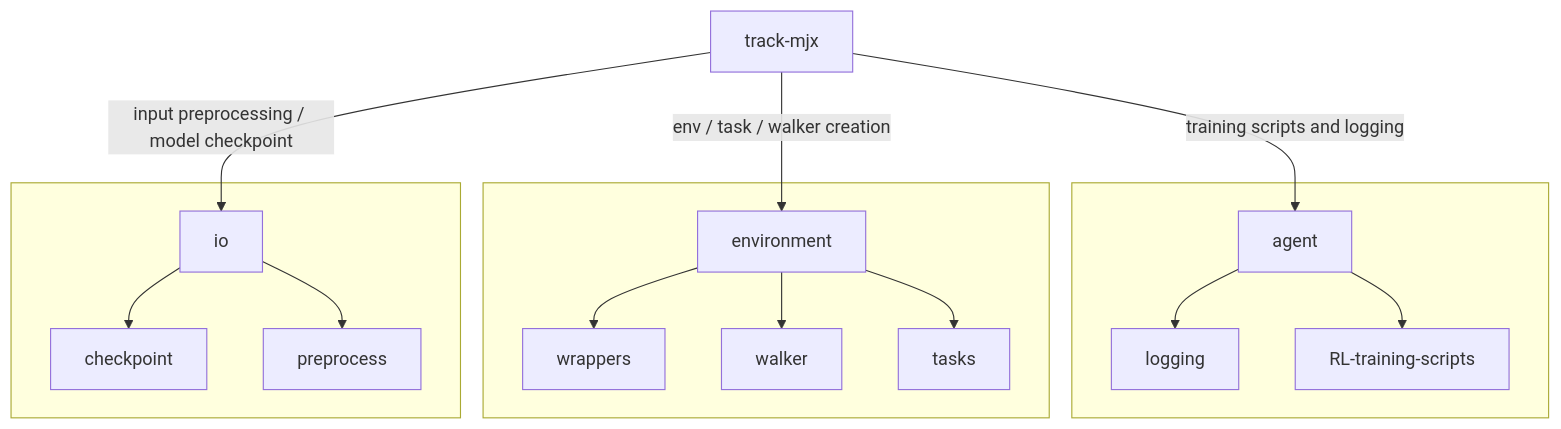
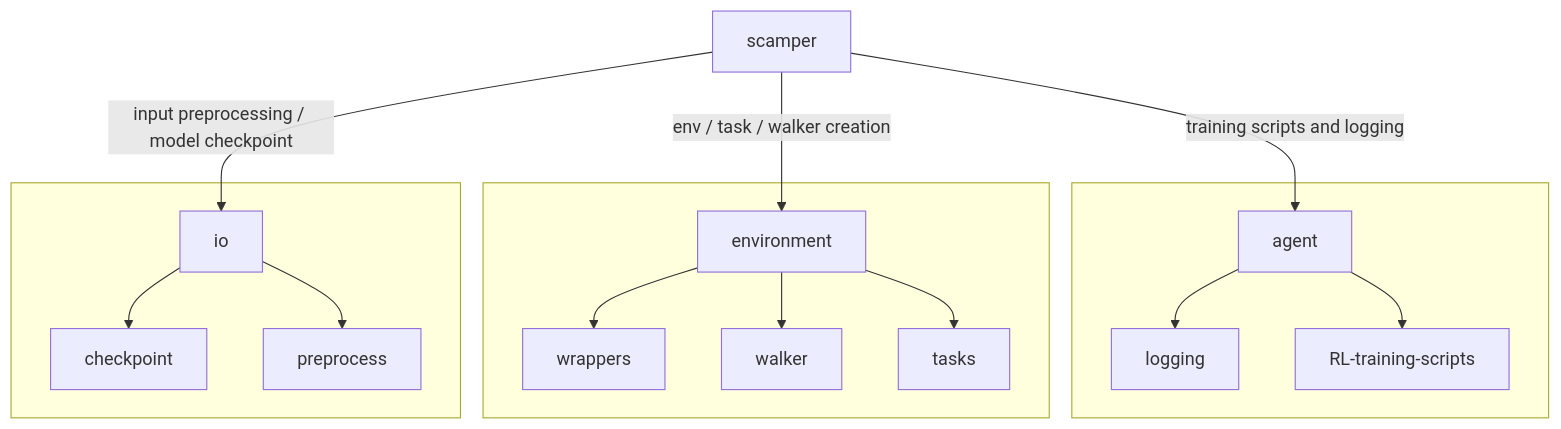
Before and after one commit to asirbu77/SCAMPER: the diagram in docs/overview.md, drawn with Mermaid. The commit also changed other lines of this file and 136 other files, not shown here.

````diff
--- a/docs/overview.md
+++ b/docs/overview.md
@@ -7,23 +7,23 @@
 ```mermaid
 graph TD
-    track-mjx -- training scripts and logging --> agent
-    track-mjx -- env / task / walker creation  --> environment
-    track-mjx -- input preprocessing / model checkpoint --> io
+    scamper -- training scripts and logging --> agent
+    scamper -- env / task / walker creation  --> environment
+    scamper -- input preprocessing / model checkpoint --> io
 
     subgraph " "
     agent --> logging
-    agent --> RL-training-scripts 
+    agent --> RL-training-scripts
     end
 
     subgraph " "
     environment --> wrappers
     environment --> walker
     environment --> tasks
     end
 
     subgraph " "
     io --> checkpoint
     io --> preprocess
     end
 
 ```
````
